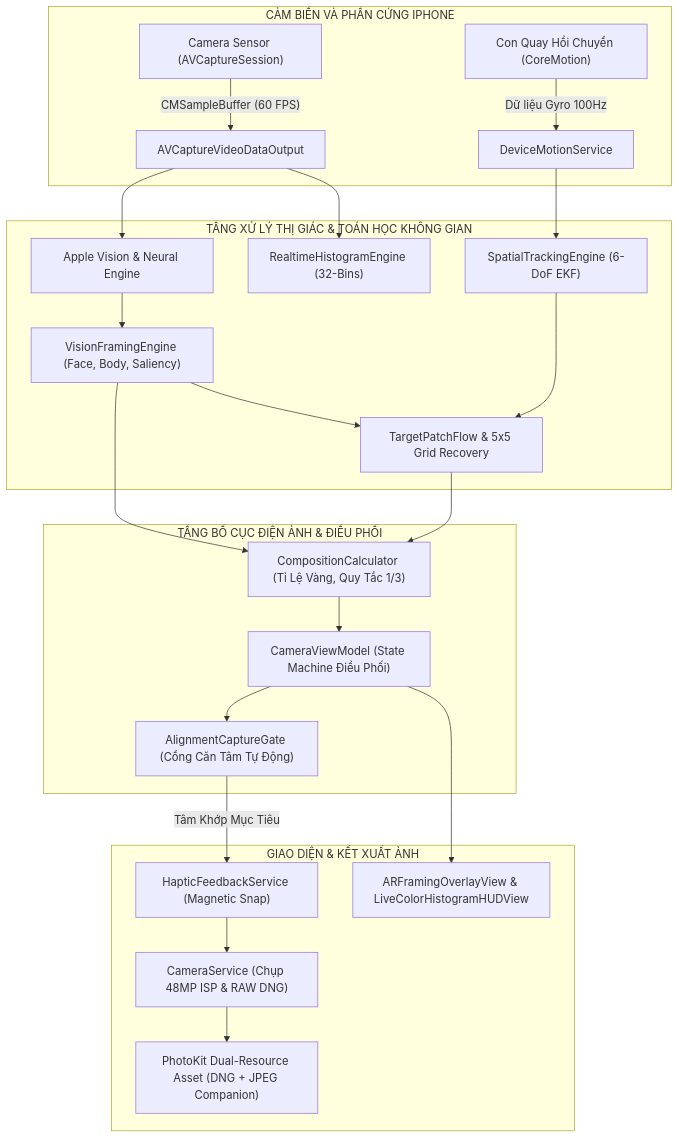
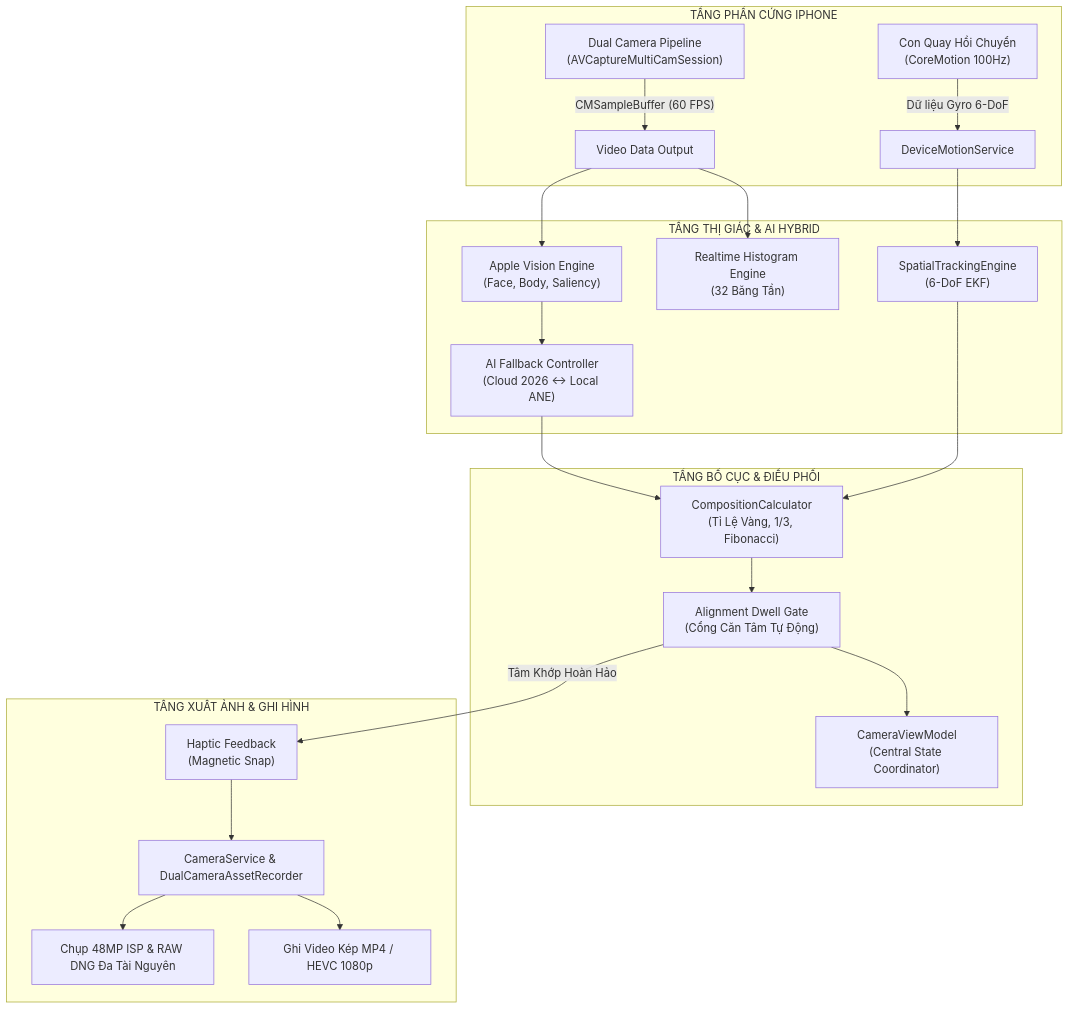
Before and after one commit to emlavankhoahienma-hue/ai-smart-framing-camera: the second of 2 diagrams in README.md, drawn with Mermaid. The commit also changed other lines of this file, not shown here.

````diff
--- a/README.md
+++ b/README.md
@@ -83,28 +158,27 @@
 ```mermaid
 flowchart TD
-    subgraph HARDWARE_TIER["CẢM BIẾN VÀ PHẦN CỨNG IPHONE"]
-        A["Camera Sensor (AVCaptureSession)"] -->|"CMSampleBuffer (60 FPS)"| B["AVCaptureVideoDataOutput"]
-        C["Con Quay Hồi Chuyển (CoreMotion)"] -->|"Dữ liệu Gyro 100Hz"| D["DeviceMotionService"]
+    subgraph HARDWARE_LAYER["TẦNG PHẦN CỨNG IPHONE"]
+        A["Dual Camera Pipeline\n(AVCaptureMultiCamSession)"] -->|"CMSampleBuffer (60 FPS)"| B["Video Data Output"]
+        C["Con Quay Hồi Chuyển\n(CoreMotion 100Hz)"] -->|"Dữ liệu Gyro 6-DoF"| D["DeviceMotionService"]
     end
 
-    subgraph ENGINE_TIER["TẦNG XỬ LÝ THỊ GIÁC & TOÁN HỌC KHÔNG GIAN"]
-        B --> E["Apple Vision & Neural Engine"]
-        B --> F["RealtimeHistogramEngine (32-Bins)"]
-        D --> G["SpatialTrackingEngine (6-DoF EKF)"]
-        E --> H["VisionFramingEngine (Face, Body, Saliency)"]
-        H & G --> I["TargetPatchFlow & 5x5 Grid Recovery"]
+    subgraph VISION_LAYER["TẦNG THỊ GIÁC & AI HYBRID"]
+        B --> E["Apple Vision Engine\n(Face, Body, Saliency)"]
+        B --> F["Realtime Histogram Engine\n(32 Băng Tần)"]
+        D --> G["SpatialTrackingEngine\n(6-DoF EKF)"]
+        E --> H["AI Fallback Controller\n(Cloud 2026 <-> Local ANE)"]
     end
 
-    subgraph INTELLIGENCE_TIER["TẦNG BỐ CỤC ĐIỆN ẢNH & ĐIỀU PHỐI"]
-        H & I --> J["CompositionCalculator (Tỉ Lệ Vàng, Quy Tắc 1/3)"]
-        J --> K["CameraViewModel (State Machine Điều Phối)"]
-        K --> L["AlignmentCaptureGate (Cổng Căn Tâm Tự Động)"]
+    subgraph COMPOSITION_LAYER["TẦNG BỐ CỤC & ĐIỀU PHỐI"]
+        H & G --> I["CompositionCalculator\n(Tỉ Lệ Vàng, 1/3, Fibonacci)"]
+        I --> J["Alignment Dwell Gate\n(Cổng Căn Tâm Tự Động)"]
+        J --> K["CameraViewModel\n(Central State Coordinator)"]
     end
 
-    subgraph PRESENTATION_TIER["GIAO DIỆN & KẾT XUẤT ẢNH"]
-        L -->|"Tâm Khớp Mục Tiêu"| M["HapticFeedbackService (Magnetic Snap)"]
-        M --> N["CameraService (Chụp 48MP ISP & RAW DNG)"]
-        N --> O["PhotoKit Dual-Resource Asset (DNG + JPEG Companion)"]
-        K --> P["ARFramingOverlayView & LiveColorHistogramHUDView"]
+    subgraph OUTPUT_LAYER["TẦNG XUẤT ẢNH & GHI HÌNH"]
+        J -->|"Tâm Khớp Hoàn Hảo"| L["Haptic Feedback\n(Magnetic Snap)"]
+        L --> M["CameraService & DualCameraAssetRecorder"]
+        M --> N["Chụp 48MP ISP & RAW DNG Đa Tài Nguyên"]
+        M --> O["Ghi Video Kép MP4 / HEVC 1080p"]
     end
 ```
````
